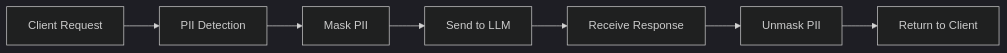
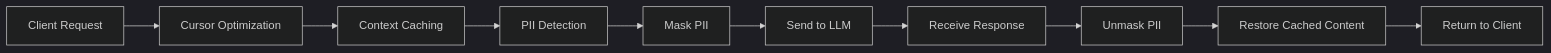
One commit to VasyaLutiy/llm_pii_redaction_gateway changed the diagram in README.md. Above: the diagram before and after it, drawn with Mermaid (dark theme). The commit also changed other lines of this file and 14 other files, not shown here.

````diff
--- a/README.md
+++ b/README.md
@@ -148,9 +167,12 @@
 ```mermaid
 graph LR
-    A[Client Request] --> B[PII Detection]
-    B --> C[Mask PII]
-    C --> D[Send to LLM]
-    D --> E[Receive Response]
-    E --> F[Unmask PII]
-    F --> G[Return to Client]
+    A[Client Request] --> B[Cursor Optimization]
+    B --> C[Context Caching]
+    C --> D[PII Detection]
+    D --> E[Mask PII]
+    E --> F[Send to LLM]
+    F --> G[Receive Response]
+    G --> H[Unmask PII]
+    H --> I[Restore Cached Content]
+    I --> J[Return to Client]
 ```
````
